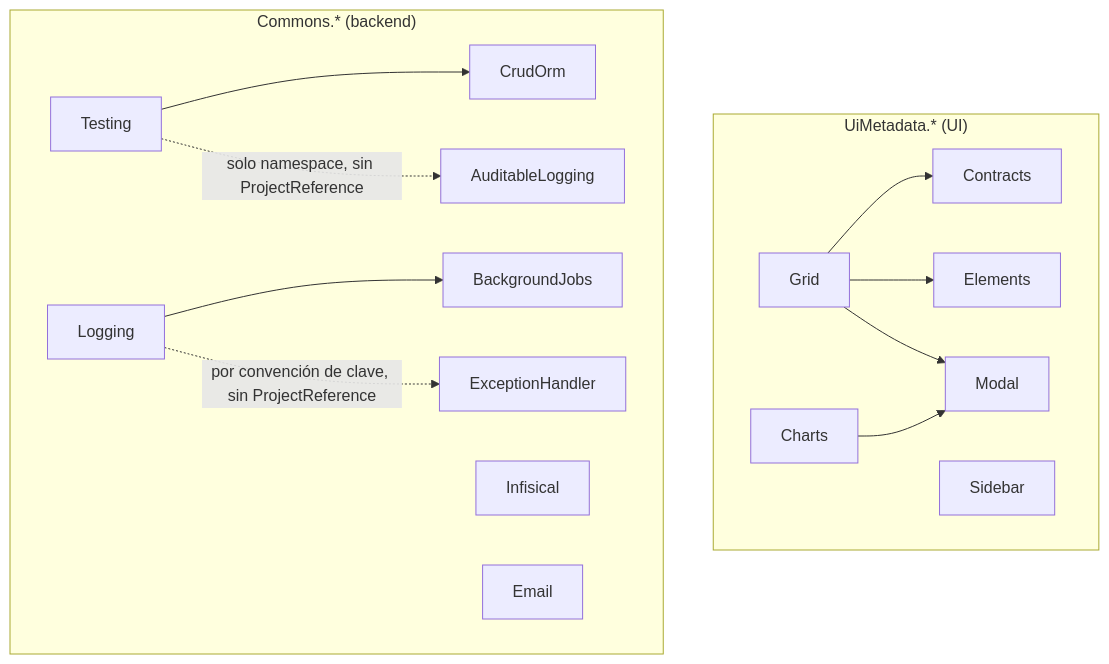
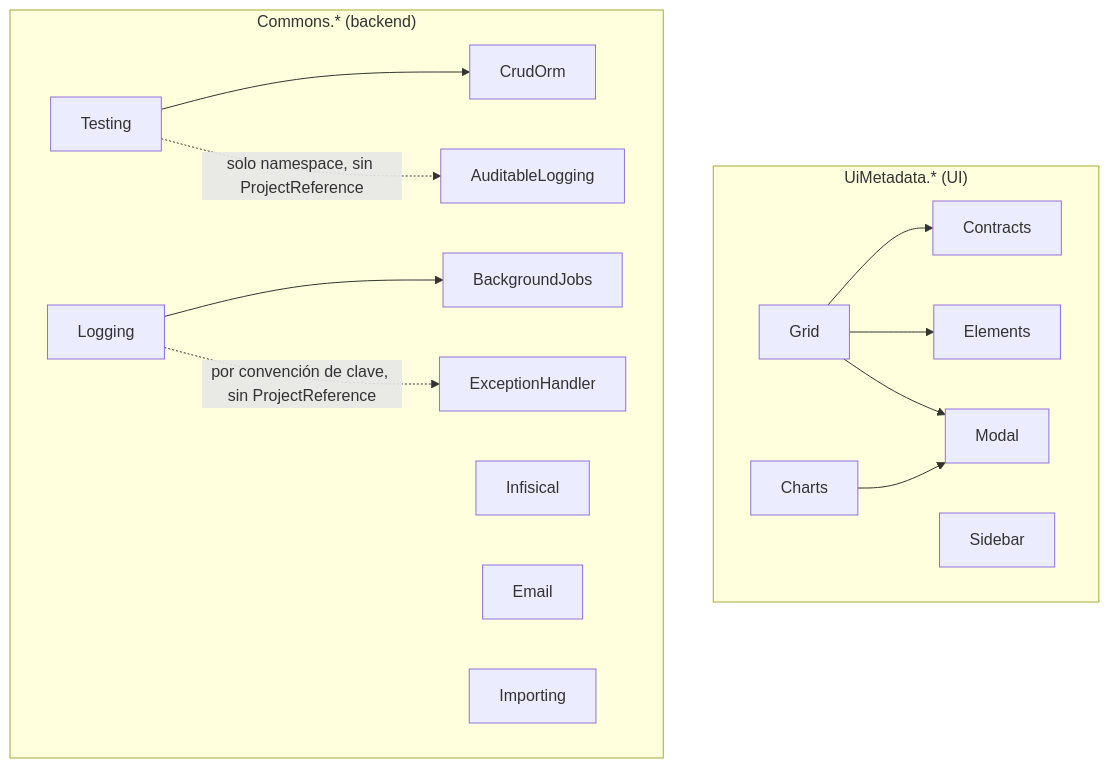
The diagram in packages/README.md (corebound-labs/docs), drawn with Mermaid before and after one commit. The commit also changed other lines of this file, not shown here.

Commit message:
docs: agregar Commons.Importing al mapa de dependencias

````diff
--- a/packages/README.md
+++ b/packages/README.md
@@ -20,45 +20,47 @@
 ```mermaid
 graph TD
     subgraph "UiMetadata.* (UI)"
         Contracts[Contracts]
         Elements[Elements]
         Modal[Modal]
         Grid[Grid]
         Sidebar[Sidebar]
         Charts[Charts]
     end
     subgraph "Commons.* (backend)"
         CrudOrm[CrudOrm]
         Infisical[Infisical]
         Audit[AuditableLogging]
         ExcHandler[ExceptionHandler]
         Email[Email]
         Testing[Testing]
         Jobs[BackgroundJobs]
         Logging[Logging]
+        Importing[Importing]
     end
 
     Grid --> Contracts
     Grid --> Elements
     Grid --> Modal
     Charts --> Modal
     Testing --> CrudOrm
     Testing -.->|"solo namespace, sin ProjectReference"| Audit
     Logging --> Jobs
     Logging -.->|"por convención de clave, sin ProjectReference"| ExcHandler
 
     click Contracts "#/packages/uimetadata-contracts"
     click Elements "#/packages/uimetadata-elements"
     click Modal "#/packages/uimetadata-modal"
     click Grid "#/packages/uimetadata-grid"
     click Sidebar "#/packages/uimetadata-sidebar"
     click Charts "#/packages/uimetadata-charts"
     click CrudOrm "#/packages/commons-crudorm"
     click Infisical "#/packages/commons-infisical"
     click Audit "#/packages/commons-auditablelogging"
     click ExcHandler "#/packages/commons-exceptionhandler"
     click Email "#/packages/commons-email"
     click Testing "#/packages/commons-testing"
     click Jobs "#/packages/commons-backgroundjobs"
     click Logging "#/packages/commons-logging"
+    click Importing "#/packages/commons-importing"
 ```
````
